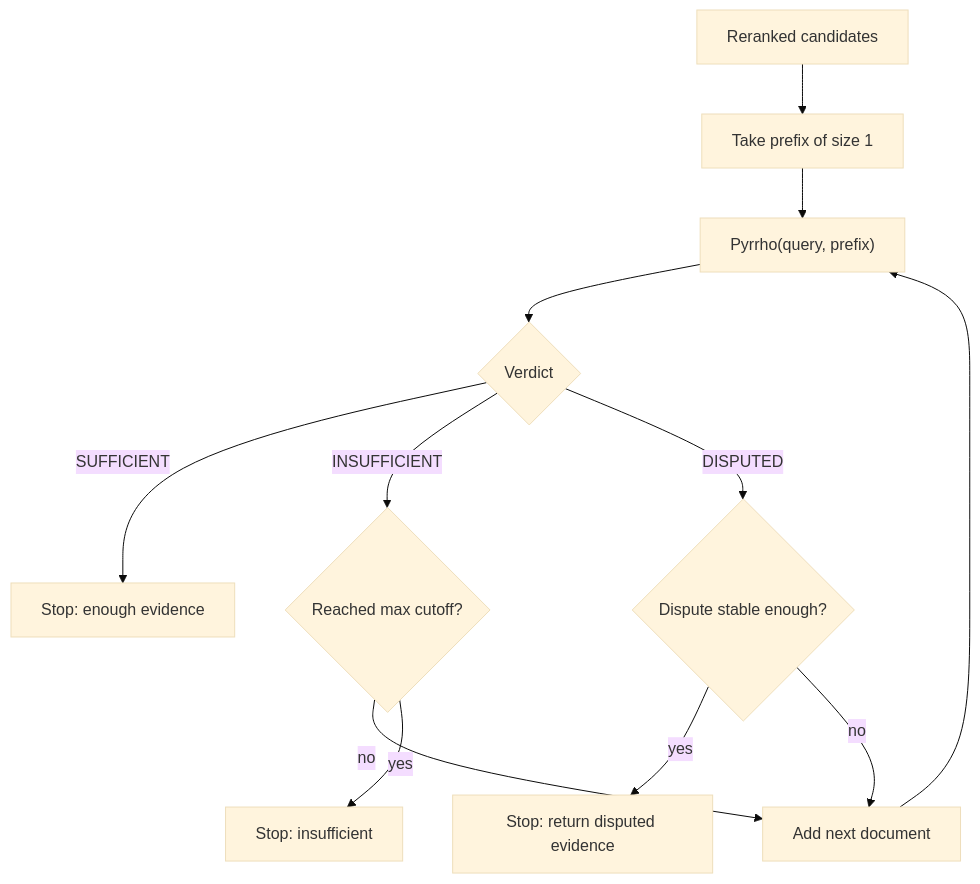
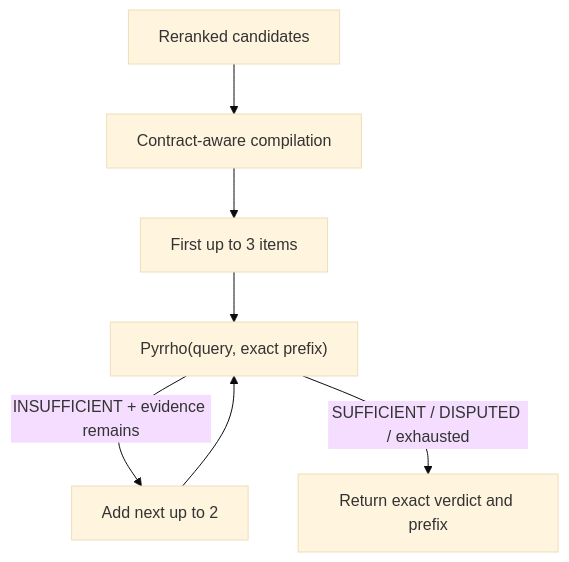
One commit to yafitzdev/fitz changed the third of 4 diagrams in docs/RETRIEVAL_PIPELINE.md. Above: the diagram before and after it, drawn with Mermaid (base theme). The commit also changed other lines of this file and 446 other files, not shown here.

````diff
--- a/docs/RETRIEVAL_PIPELINE.md
+++ b/docs/RETRIEVAL_PIPELINE.md
@@ -127,14 +129,9 @@
 ```mermaid
 flowchart TD
-    A["Reranked candidates"] --> B["Take prefix of size 1"]
-    B --> C["Pyrrho(query, prefix)"]
-    C --> D{"Verdict"}
-    D -->|"SUFFICIENT"| T["Stop: enough evidence"]
-    D -->|"INSUFFICIENT"| E{"Reached max cutoff?"}
-    D -->|"DISPUTED"| F{"Dispute stable enough?"}
-    F -->|"yes"| U["Stop: return disputed evidence"]
-    F -->|"no"| N["Add next document"]
-    E -->|"no"| N
-    E -->|"yes"| A0["Stop: insufficient"]
-    N --> C
+    A["Reranked candidates"] --> B["Contract-aware compilation"]
+    B --> C["First up to 3 items"]
+    C --> D["Pyrrho(query, exact prefix)"]
+    D -->|"INSUFFICIENT + evidence remains"| F["Add next up to 2"]
+    F --> D
+    D -->|"SUFFICIENT / DISPUTED / exhausted"| E["Return exact verdict and prefix"]
 ```
````
